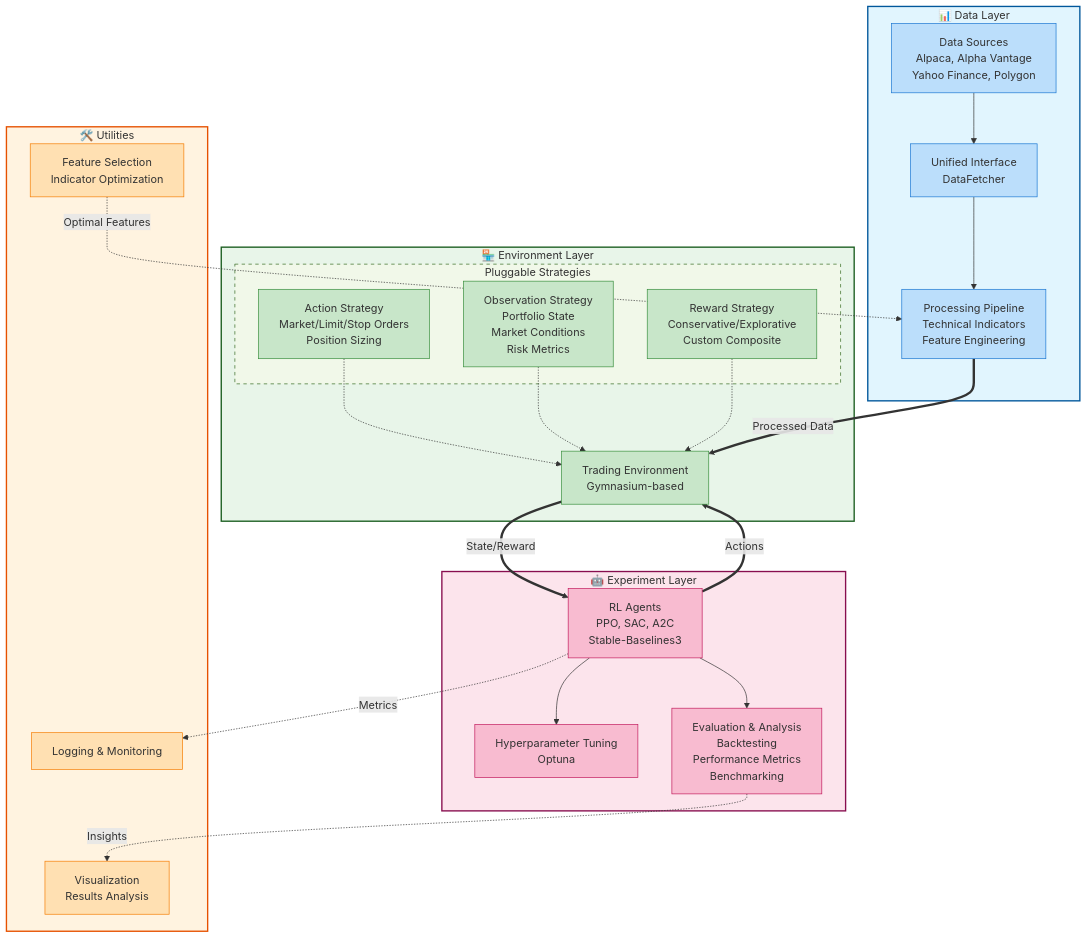
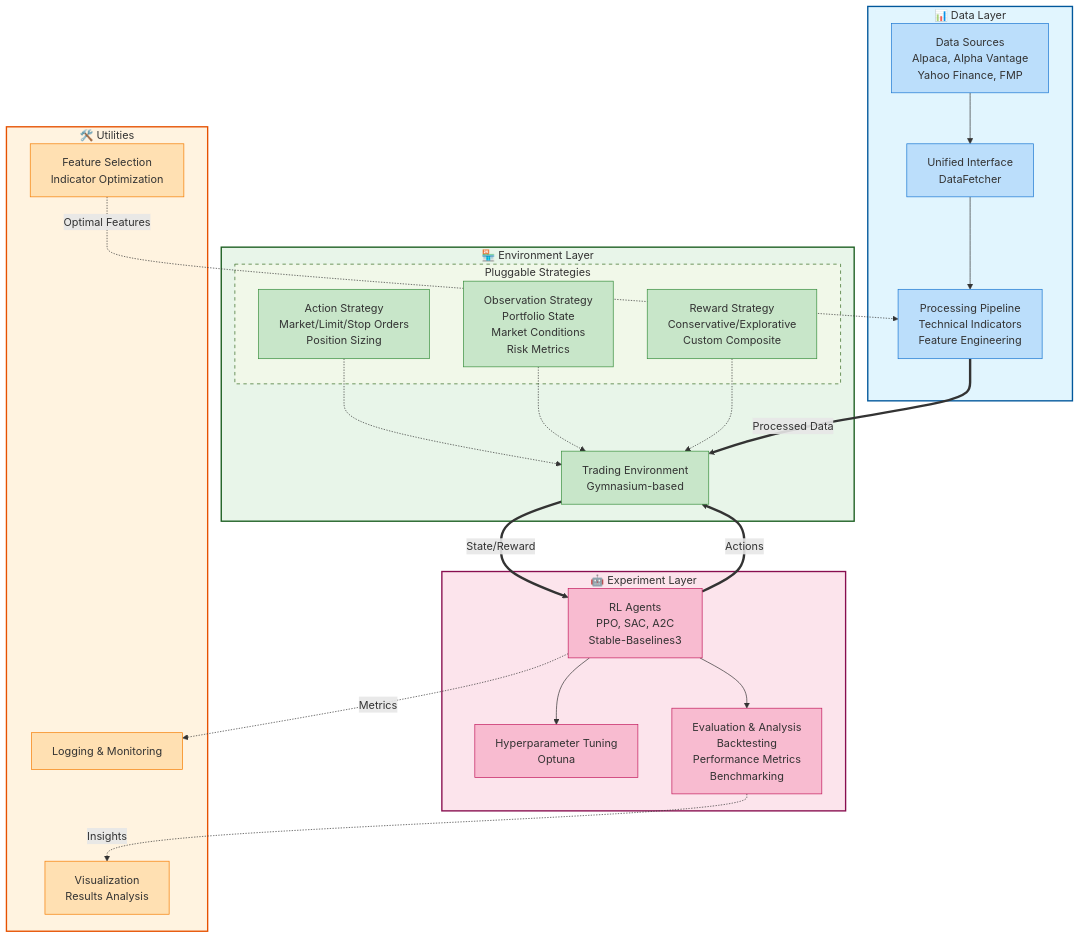
Before and after one commit to edu-ai/QuantRL-Lab: the second of 9 diagrams in docs/ARCHITECTURE.md, drawn with Mermaid. The commit also changed other lines of this file and 3 other files, not shown here.

````diff
--- a/docs/ARCHITECTURE.md
+++ b/docs/ARCHITECTURE.md
@@ -69,63 +69,63 @@
 ```mermaid
 graph TB
     subgraph DL["📊 Data Layer"]
-        DS[Data Sources<br/>Alpaca, Alpha Vantage<br/>Yahoo Finance, Polygon]
+        DS[Data Sources<br/>Alpaca, Alpha Vantage<br/>Yahoo Finance, FMP]
         UI[Unified Interface<br/>DataFetcher]
         PP[Processing Pipeline<br/>Technical Indicators<br/>Feature Engineering]
         DS --> UI
         UI --> PP
     end
 
     subgraph EL["🏪 Environment Layer"]
         TE[Trading Environment<br/>Gymnasium-based]
 
         subgraph PS["Pluggable Strategies"]
             AS[Action Strategy<br/>Market/Limit/Stop Orders<br/>Position Sizing]
             OS[Observation Strategy<br/>Portfolio State<br/>Market Conditions<br/>Risk Metrics]
             RS[Reward Strategy<br/>Conservative/Explorative<br/>Custom Composite]
         end
 
         AS -.-> TE
         OS -.-> TE
         RS -.-> TE
     end
 
     subgraph XL["🤖 Experiment Layer"]
         RL[RL Agents<br/>PPO, SAC, A2C<br/>Stable-Baselines3]
         HPT[Hyperparameter Tuning<br/>Optuna]
         EVAL[Evaluation & Analysis<br/>Backtesting<br/>Performance Metrics<br/>Benchmarking]
 
         RL --> HPT
         RL --> EVAL
     end
 
     subgraph UL["🛠️ Utilities"]
         FS[Feature Selection<br/>Indicator Optimization]
         VIS[Visualization<br/>Results Analysis]
         LOG[Logging & Monitoring]
     end
 
     PP ==>|Processed Data| TE
     TE ==>|State/Reward| RL
     RL ==>|Actions| TE
 
     FS -.->|Optimal Features| PP
     EVAL -.->|Insights| VIS
     RL -.->|Metrics| LOG
 
     style DL fill:#e1f5fe,stroke:#01579b,stroke-width:2px
     style EL fill:#e8f5e9,stroke:#1b5e20,stroke-width:2px
     style XL fill:#fce4ec,stroke:#880e4f,stroke-width:2px
     style UL fill:#fff3e0,stroke:#e65100,stroke-width:2px
     style PS fill:#f1f8e9,stroke:#33691e,stroke-width:1px,stroke-dasharray: 5 5
 
     classDef dataNode fill:#bbdefb,stroke:#1976d2
     classDef envNode fill:#c8e6c9,stroke:#388e3c
     classDef expNode fill:#f8bbd0,stroke:#c2185b
     classDef utilNode fill:#ffe0b2,stroke:#f57c00
 
     class DS,UI,PP dataNode
     class TE,AS,OS,RS envNode
     class RL,HPT,EVAL expNode
     class FS,VIS,LOG utilNode
 ```
````
